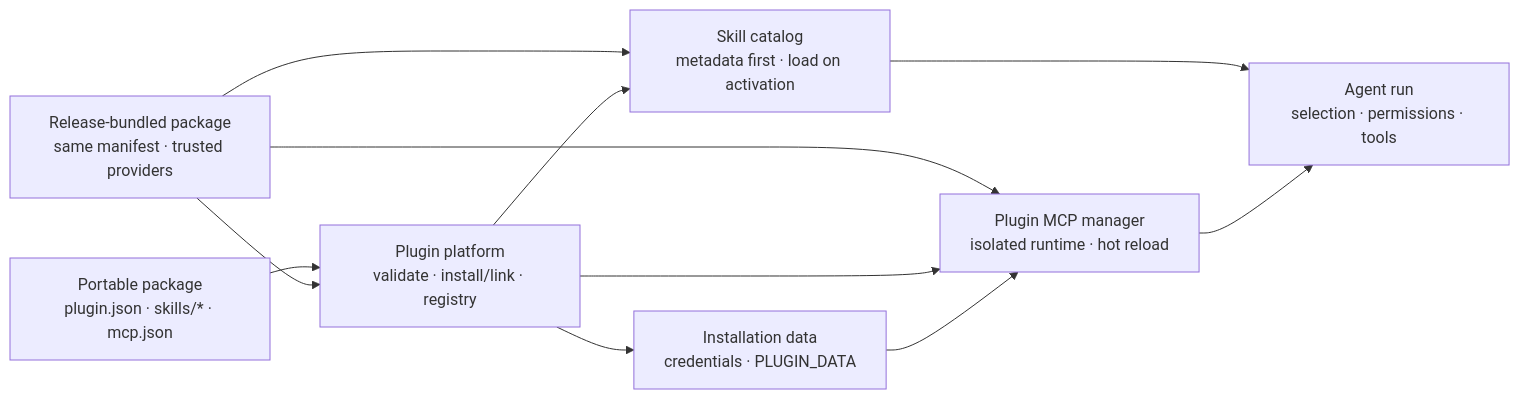
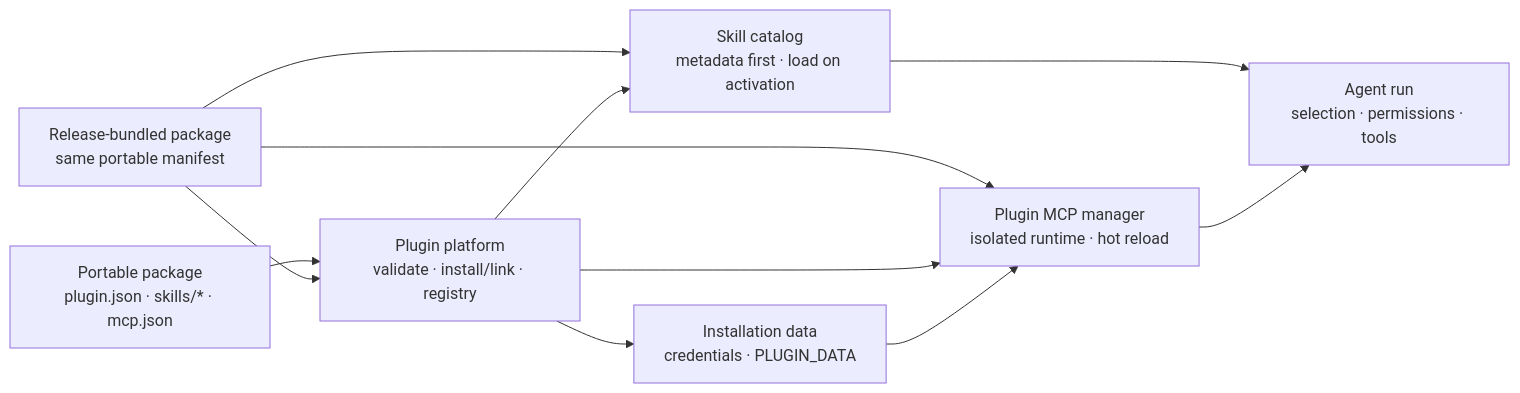
One commit to evoelsewhere/evoflux changed the diagram in documents/architecture/agent-plugins.md. Above: the diagram before and after it, drawn with Mermaid. The commit also changed other lines of this file and 137 other files, not shown here.

````diff
--- a/documents/architecture/agent-plugins.md
+++ b/documents/architecture/agent-plugins.md
@@ -11,21 +11,21 @@
 ```mermaid
 flowchart LR
     Package["Portable package<br/>plugin.json · skills/* · mcp.json"]
-    Bundled["Release-bundled package<br/>same manifest · trusted providers"]
+    Bundled["Release-bundled package<br/>same portable manifest"]
     Center["Plugin platform<br/>validate · install/link · registry"]
     Catalog["Skill catalog<br/>metadata first · load on activation"]
     Runtime["Plugin MCP manager<br/>isolated runtime · hot reload"]
     Data["Installation data<br/>credentials · PLUGIN_DATA"]
     Agent["Agent run<br/>selection · permissions · tools"]
 
     Package --> Center
     Bundled --> Center
     Bundled --> Catalog
     Bundled --> Runtime
     Center --> Catalog
     Center --> Runtime
     Center --> Data
     Data --> Runtime
     Catalog --> Agent
     Runtime --> Agent
 ```
````
